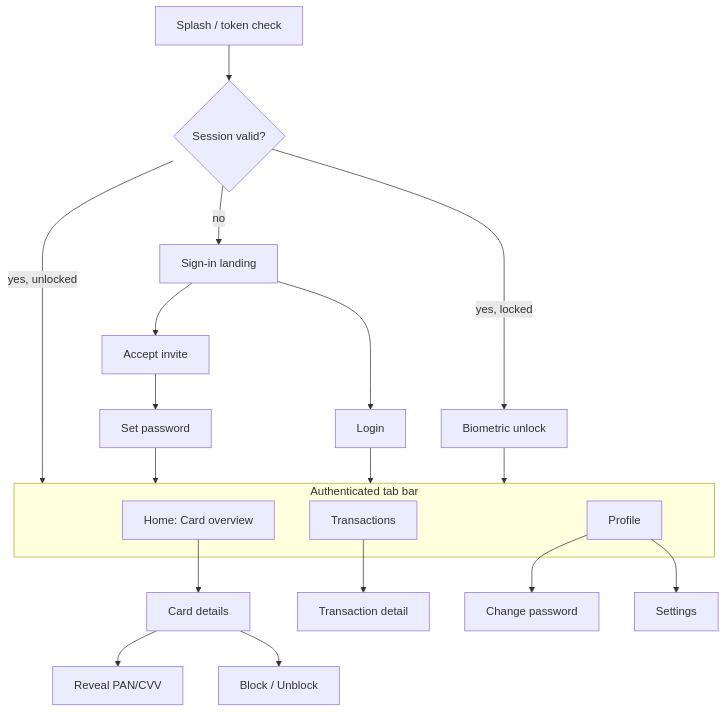
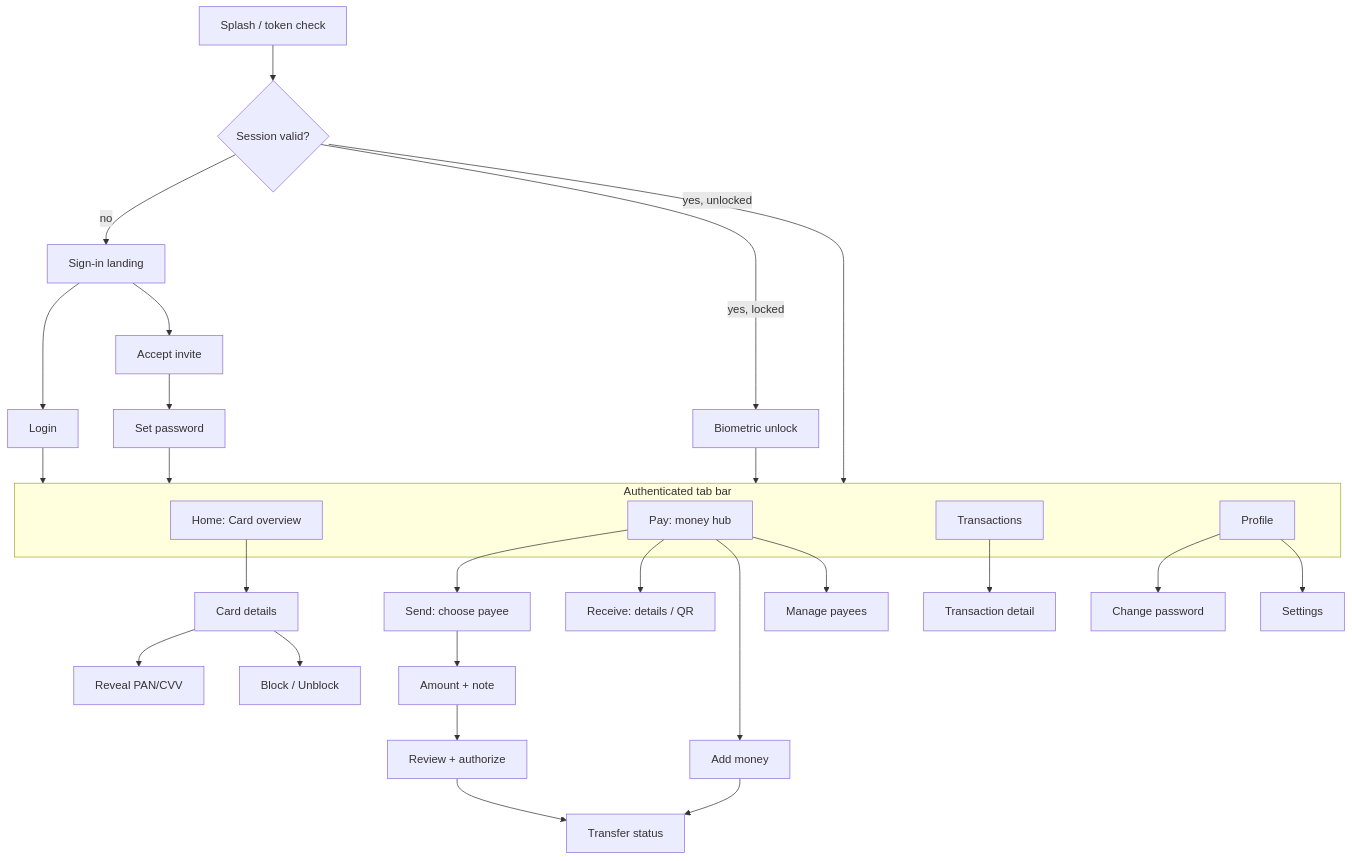
Before and after one commit to yr08ii/card-management-app: the diagram in 2026-07-13-card-management-app-prd.md, drawn with Mermaid. The commit also changed other lines of this file, not shown here.

First line of the commit message:
docs(prd): add money movement, verified against Pismo capability

````diff
--- a/2026-07-13-card-management-app-prd.md
+++ b/2026-07-13-card-management-app-prd.md
@@ -124,26 +176,37 @@
 ```mermaid
 graph TD
     Splash[Splash / token check] --> Auth{Session valid?}
     Auth -- no --> Landing[Sign-in landing]
     Auth -- yes, locked --> Unlock[Biometric unlock]
     Auth -- yes, unlocked --> Tabs
 
     Landing --> Login[Login]
     Landing --> Activate[Accept invite]
     Activate --> SetPw[Set password] --> Tabs
     Login --> Tabs
     Unlock --> Tabs
 
     subgraph Tabs[Authenticated tab bar]
         Home[Home: Card overview]
+        Pay[Pay: money hub]
         Txns[Transactions]
         Profile[Profile]
     end
 
     Home --> Details[Card details]
     Details --> Reveal[Reveal PAN/CVV]
     Details --> BlockAction[Block / Unblock]
+
+    Pay --> Send[Send: choose payee]
+    Pay --> Receive[Receive: details / QR]
+    Pay --> AddMoney[Add money]
+    Pay --> Payees[Manage payees]
+    Send --> Amount[Amount + note]
+    Amount --> Review[Review + authorize]
+    Review --> Result[Transfer status]
+    AddMoney --> Result
+
     Txns --> TxnDetail[Transaction detail]
     Profile --> ChangePw[Change password]
     Profile --> Settings[Settings]
 ```
````
